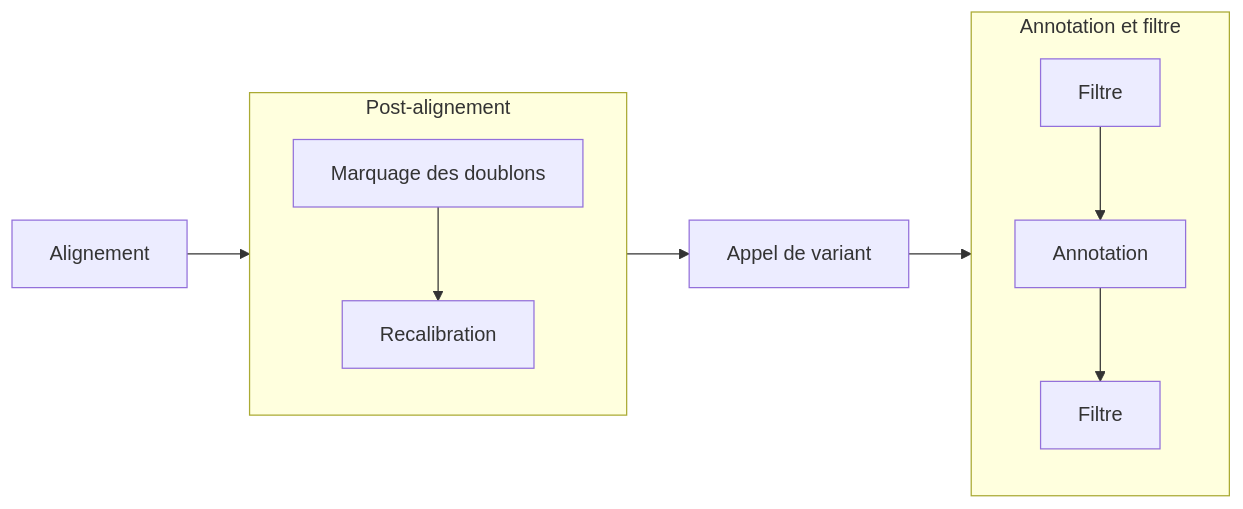
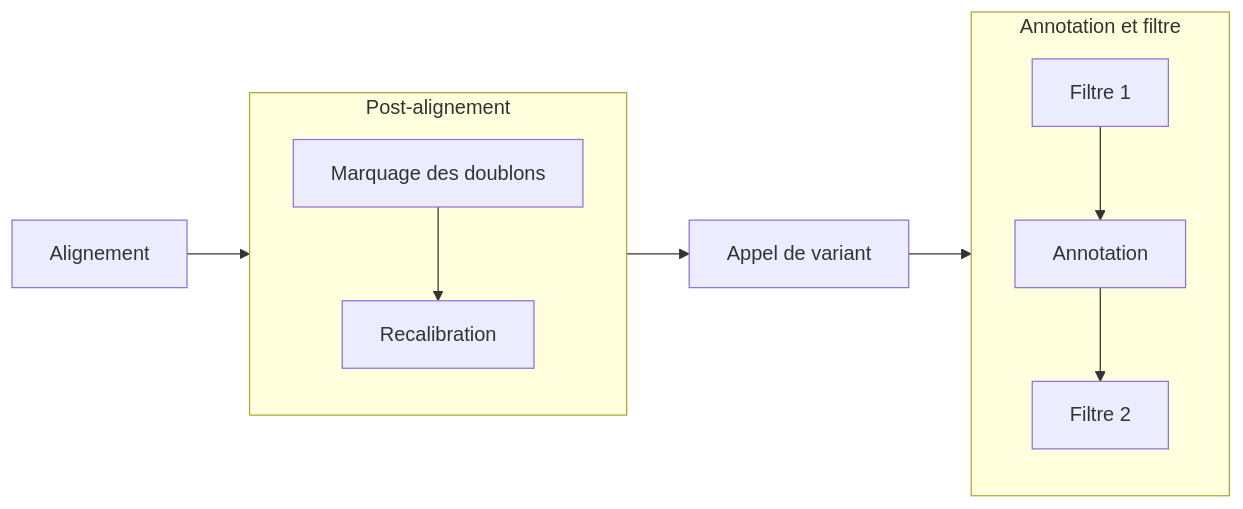
Before and after one commit to apraga/notes: the first of 2 diagrams in slides/bisonex.md, drawn with Mermaid. The commit also changed other lines of this file and 5 other files, not shown here.

````diff
--- a/slides/bisonex.md
+++ b/slides/bisonex.md
@@ -76,14 +78,14 @@
 ```mermaid
 flowchart LR
   subgraph un [Post-alignement]
     direction TB
     B[Marquage des doublons] --> C[Recalibration]
   end
   subgraph deux [Annotation et filtre]
     direction TB
-    E[Filtre] --> F[Annotation] --> G[Filtre]
+    E[Filtre 1] --> F[Annotation] --> G[Filtre 2]
   end
-  A[Alignement] --> un
+  A["Alignement"] --> un
   un --> D[Appel de variant] --> deux
 
 ```
````
